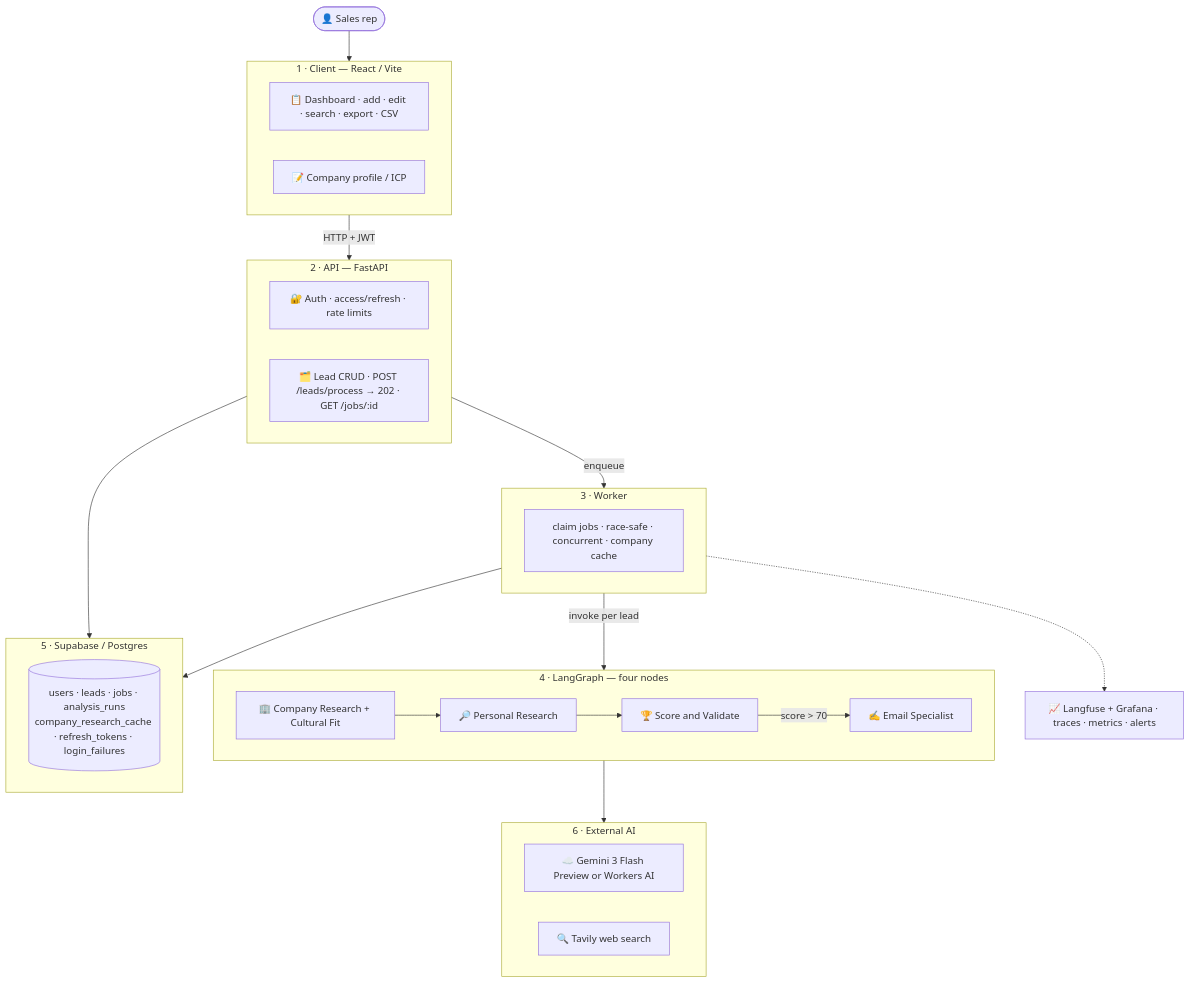
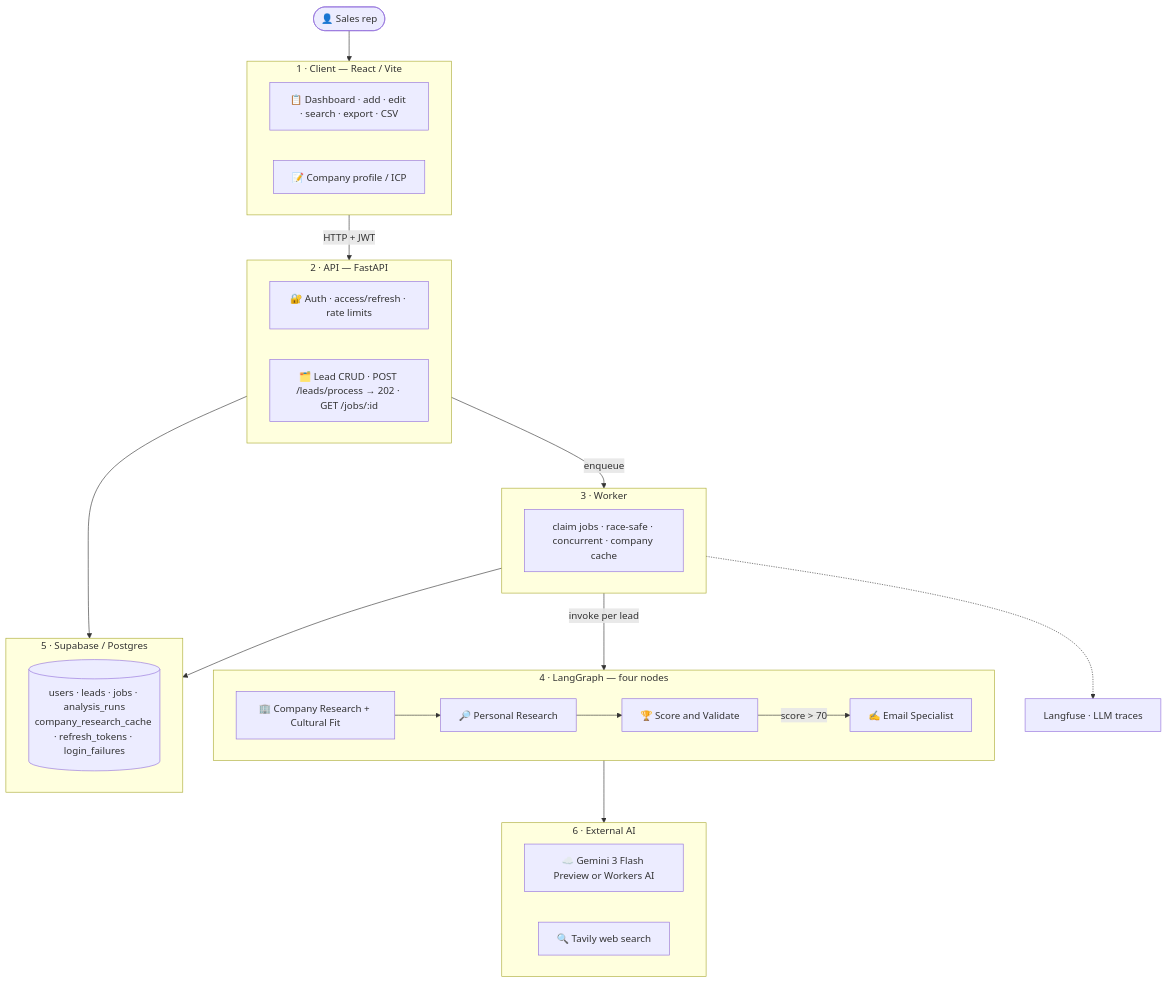
One commit to VIVPM/multi-crew-leads-dashboard changed the diagram in README.md. Above: the diagram before and after it, drawn with Mermaid. The commit also changed other lines of this file and 2 other files, not shown here.

Commit message:
Test Langfuse trace export and remove Grafana from the docs

````diff
--- a/README.md
+++ b/README.md
@@ -23,43 +23,43 @@
 ```mermaid
 graph TD
     User(["👤 Sales rep"])
 
     subgraph CLIENT ["1 · Client — React / Vite"]
         UI["📋 Dashboard · add · edit · search · export · CSV"]
         ICP["📝 Company profile / ICP"]
     end
 
     subgraph APP ["2 · API — FastAPI"]
         Auth["🔐 Auth · access/refresh · rate limits"]
         REST["🗂️ Lead CRUD · POST /leads/process → 202 · GET /jobs/:id"]
     end
 
     subgraph CTRL ["3 · Worker"]
         Claim["claim jobs · race-safe · concurrent · company cache"]
     end
 
     subgraph AI ["4 · LangGraph — four nodes"]
         A2["🏢 Company Research + Cultural Fit"] --> A1["🔎 Personal Research"] --> A3["🏆 Score and Validate"]
         A3 -->|score > 70| E1["✍️ Email Specialist"]
     end
 
     subgraph DATA ["5 · Supabase / Postgres"]
         Tbls[("users · leads · jobs · analysis_runs<br>company_research_cache · refresh_tokens · login_failures")]
     end
 
     subgraph EXT ["6 · External AI"]
         LLM["☁️ Gemini 3 Flash Preview or Workers AI"]
         Tavily["🔍 Tavily web search"]
     end
 
-    OBS["📈 Langfuse + Grafana · traces · metrics · alerts"]
+    OBS["Langfuse · LLM traces"]
 
     User --> CLIENT
     CLIENT -->|HTTP + JWT| APP
     APP --> DATA
     APP -->|enqueue| CTRL
     CTRL -->|invoke per lead| AI
     AI --> EXT
     CTRL --> DATA
     CTRL -.-> OBS
 ```
````
